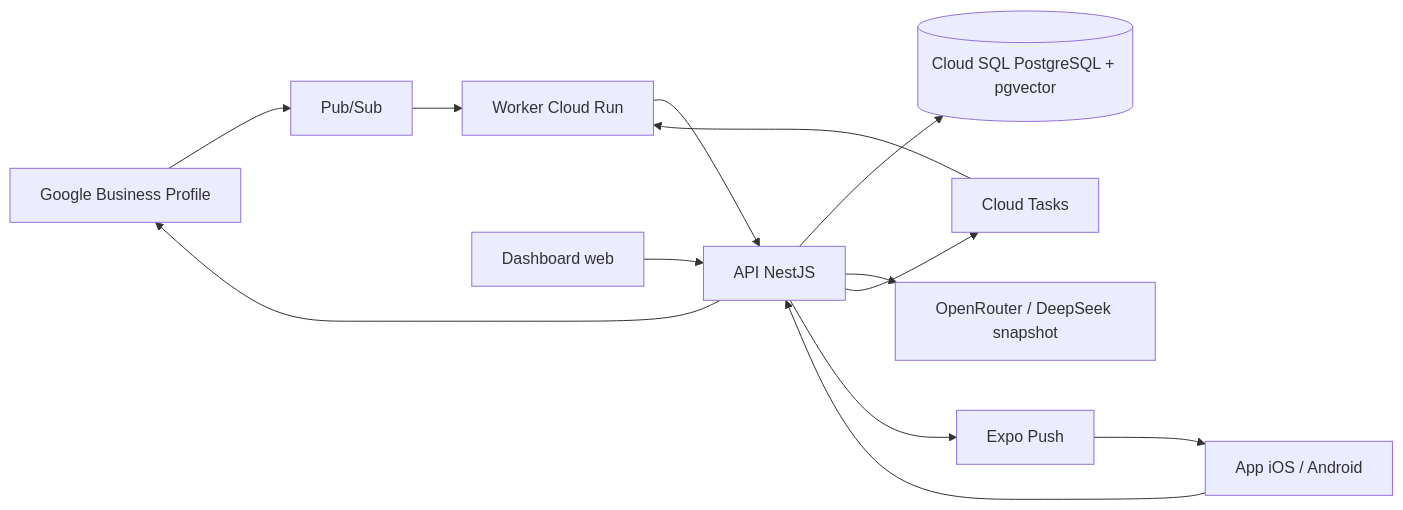
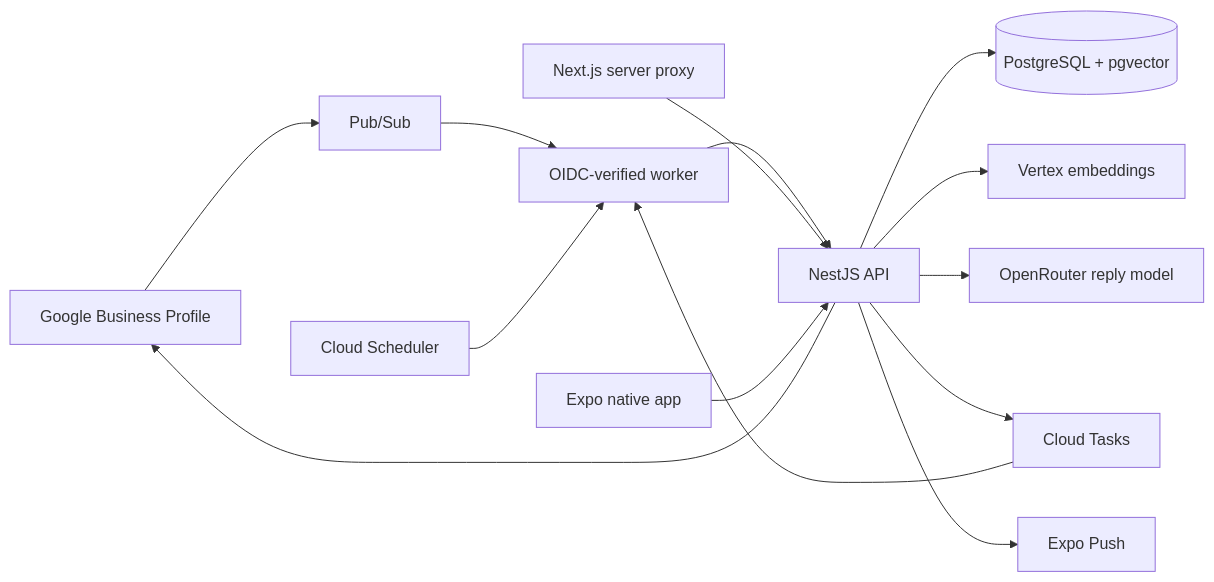
Before and after one commit to DevvoLazza/AutoReview: the diagram in docs/architecture.md, drawn with Mermaid. The commit also changed other lines of this file and 6 other files, not shown here.

````diff
--- a/docs/architecture.md
+++ b/docs/architecture.md
@@ -3,15 +5,16 @@
 ```mermaid
 flowchart LR
   GBP[Google Business Profile] --> PS[Pub/Sub]
-  PS --> W[Worker Cloud Run]
-  W --> API[API NestJS]
-  API --> DB[(Cloud SQL PostgreSQL + pgvector)]
-  API --> AI[OpenRouter / DeepSeek snapshot]
-  API --> CT[Cloud Tasks]
-  CT --> W
+  PS --> W[OIDC-verified worker]
+  SCH[Cloud Scheduler] --> W
+  CT[Cloud Tasks] --> W
+  W --> API[NestJS API]
+  WEB[Next.js server proxy] --> API
+  MOBILE[Expo native app] --> API
+  API --> DB[(PostgreSQL + pgvector)]
+  API --> V[Vertex embeddings]
+  API --> AI[OpenRouter reply model]
+  API --> CT
   API --> PUSH[Expo Push]
-  PUSH --> M[App iOS / Android]
-  WEB[Dashboard web] --> API
-  M --> API
   API --> GBP
 ```
````
